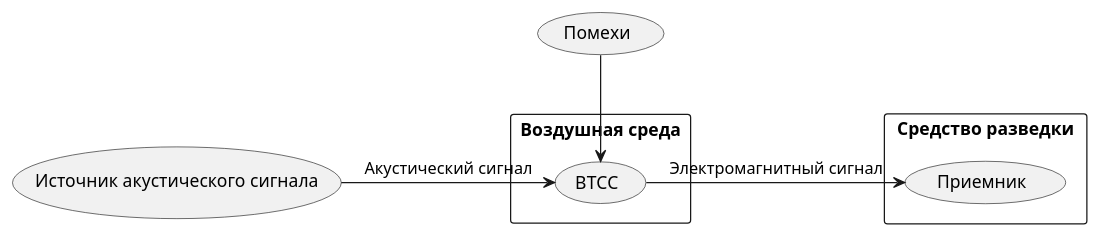
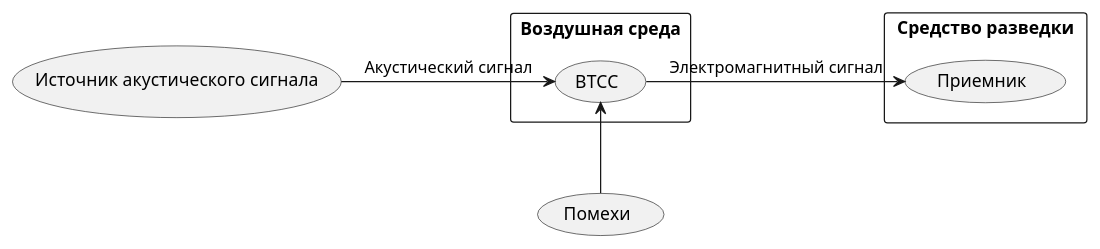
One commit to almkuznetsov/bmstu-kb changed the diagram in Заметки/НЧ АЭП.md. Above: the diagram before and after it, drawn with PlantUML. The commit also changed 5 other files, not shown here.

Commit message:
#12 Редактированы названия блоков в схемах. Приведены к общему виду

````diff
--- a/Заметки/НЧ АЭП.md
+++ b/Заметки/НЧ АЭП.md
@@ -1,13 +1,13 @@
 ```plantuml
-usecase "Источник акустического сигнала" as A
+usecase "Источник акустического сигнала" as Istochnik
 rectangle "Воздушная среда" {
-usecase "ВТСС" as B
+usecase "ВТСС" as BTCC
 }
-A -right-> (B) : Акустический сигнал
+Istochnik -right-> (BTCC) : Акустический сигнал
 rectangle "Средство разведки" {
-usecase "Приемник" as C
-B -right-> (C) : Электромагнитный сигнал
+usecase "Приемник" as Priemnik
+BTCC -right-> (Priemnik) : Электромагнитный сигнал
 }
-usecase "Помехи" as D
-D -down-> B
+usecase "Помехи" as Pomehi
+Pomehi -up-> BTCC
 ```
````
